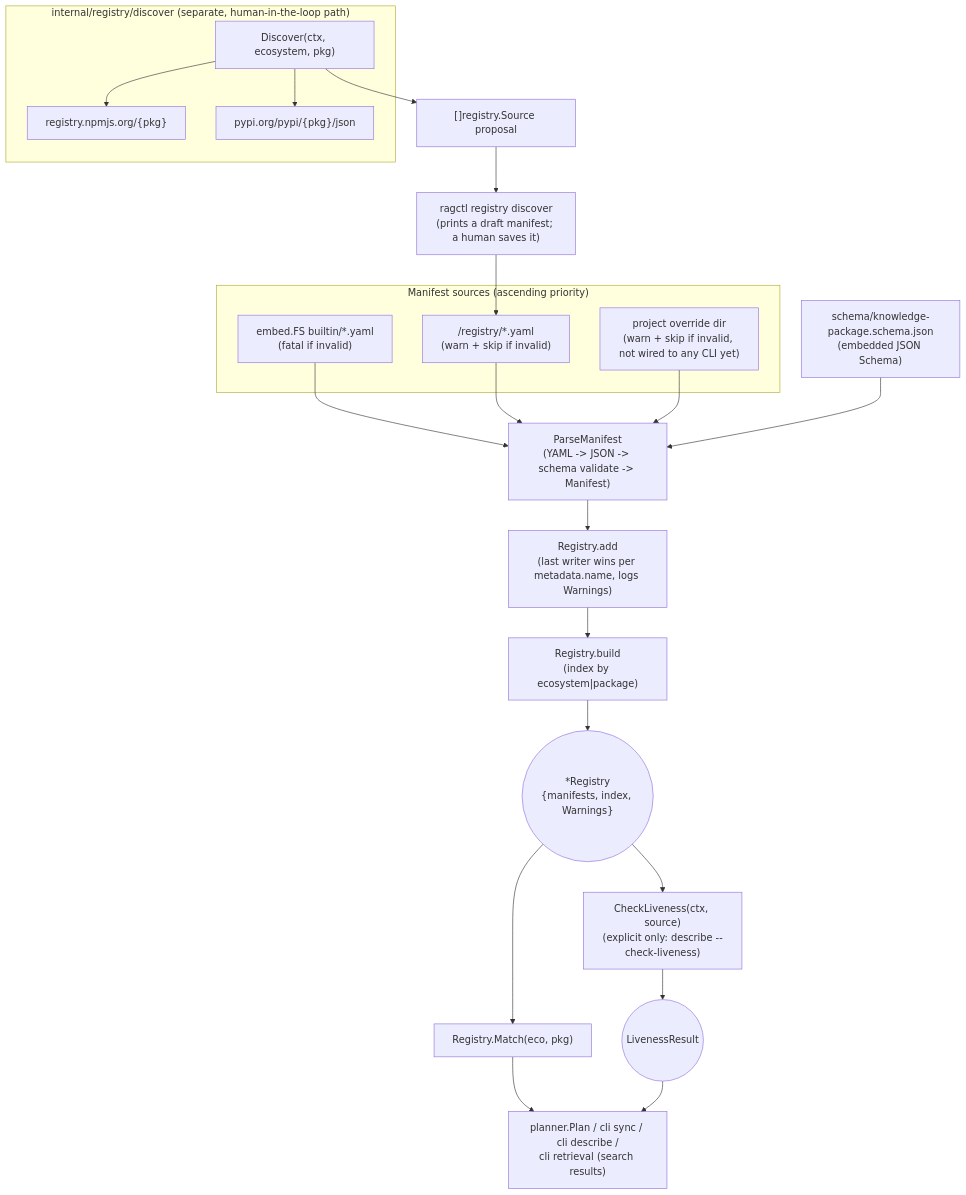
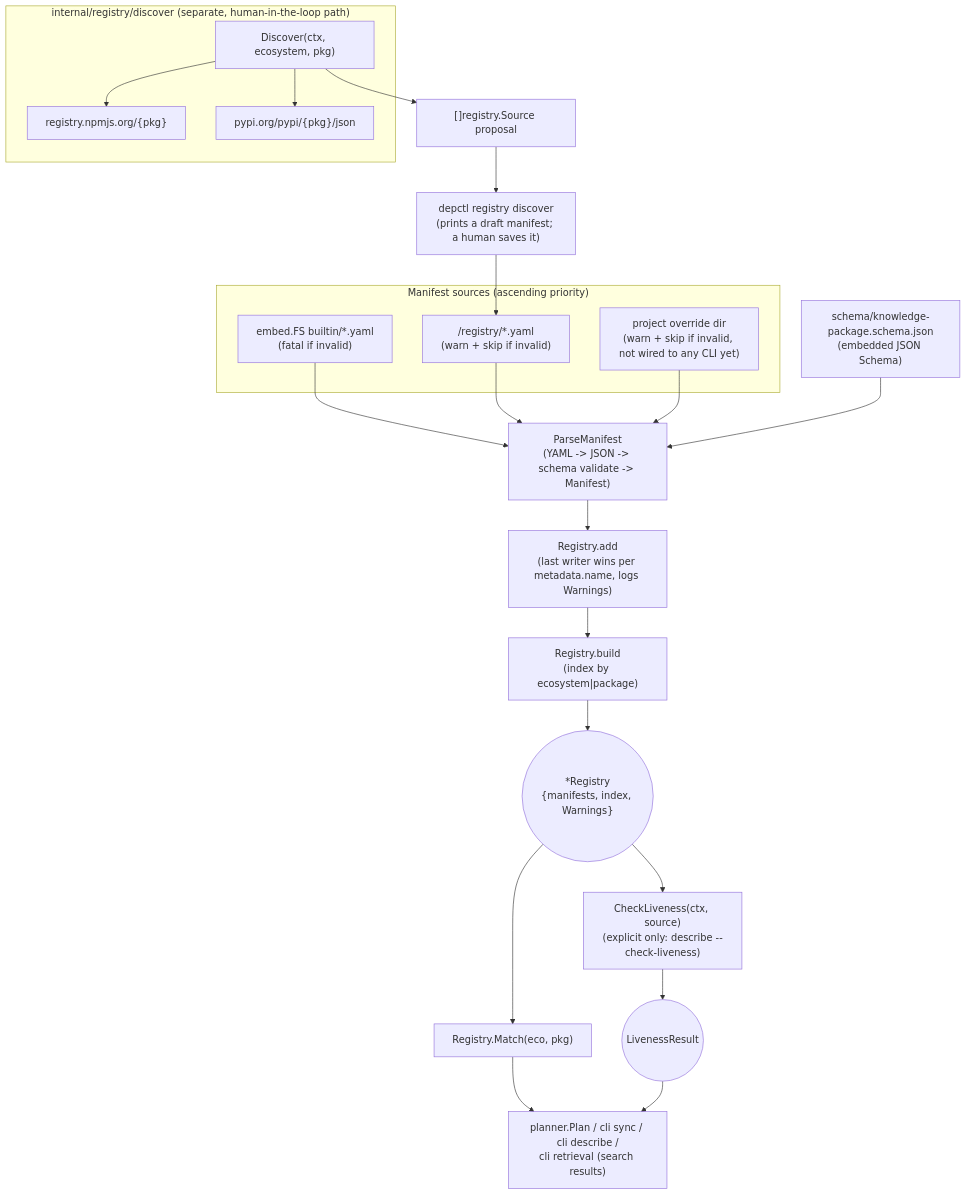
The diagram in docs/internal/registry.md (aleutian-ai/depctl), drawn with Mermaid before and after one commit. The commit also changed other lines of this file and 588 other files, not shown here.

Commit message:
Rename ragctl to depctl: binary, module github.com/aleutian-ai/depctl, paths, env vars, metrics, MCP name, docs

````diff
--- a/docs/internal/registry.md
+++ b/docs/internal/registry.md
@@ -37,38 +37,38 @@
 ```mermaid
 flowchart TD
     subgraph Sources["Manifest sources (ascending priority)"]
         Builtin["embed.FS builtin/*.yaml\n(fatal if invalid)"]
         UserDir["<data-dir>/registry/*.yaml\n(warn + skip if invalid)"]
         ProjectDir["project override dir\n(warn + skip if invalid, not wired to any CLI yet)"]
     end
 
     Schema["schema/knowledge-package.schema.json\n(embedded JSON Schema)"]
 
     Builtin --> ParseManifest
     UserDir --> ParseManifest
     ProjectDir --> ParseManifest
     Schema --> ParseManifest["ParseManifest\n(YAML -> JSON -> schema validate -> Manifest)"]
 
     ParseManifest --> Add["Registry.add\n(last writer wins per metadata.name, logs Warnings)"]
     Add --> Build["Registry.build\n(index by ecosystem|package)"]
     Build --> Registry(("*Registry\n{manifests, index, Warnings}"))
 
     Registry --> Match["Registry.Match(eco, pkg)"]
     Match --> CLI1["planner.Plan / cli sync / cli describe /\ncli retrieval (search results)"]
 
     subgraph discover["internal/registry/discover (separate, human-in-the-loop path)"]
         DiscoverCall["Discover(ctx, ecosystem, pkg)"]
         NpmAPI["registry.npmjs.org/{pkg}"]
         PypiAPI["pypi.org/pypi/{pkg}/json"]
         DiscoverCall --> NpmAPI
         DiscoverCall --> PypiAPI
     end
 
     DiscoverCall --> CandidateSources["[]registry.Source proposal"]
-    CandidateSources --> CLI2["ragctl registry discover\n(prints a draft manifest; a human saves it)"]
+    CandidateSources --> CLI2["depctl registry discover\n(prints a draft manifest; a human saves it)"]
     CLI2 --> UserDir
 
     Registry --> Liveness["CheckLiveness(ctx, source)\n(explicit only: describe --check-liveness)"]
     Liveness --> LivenessResult(("LivenessResult"))
     LivenessResult --> CLI1
 ```
````
